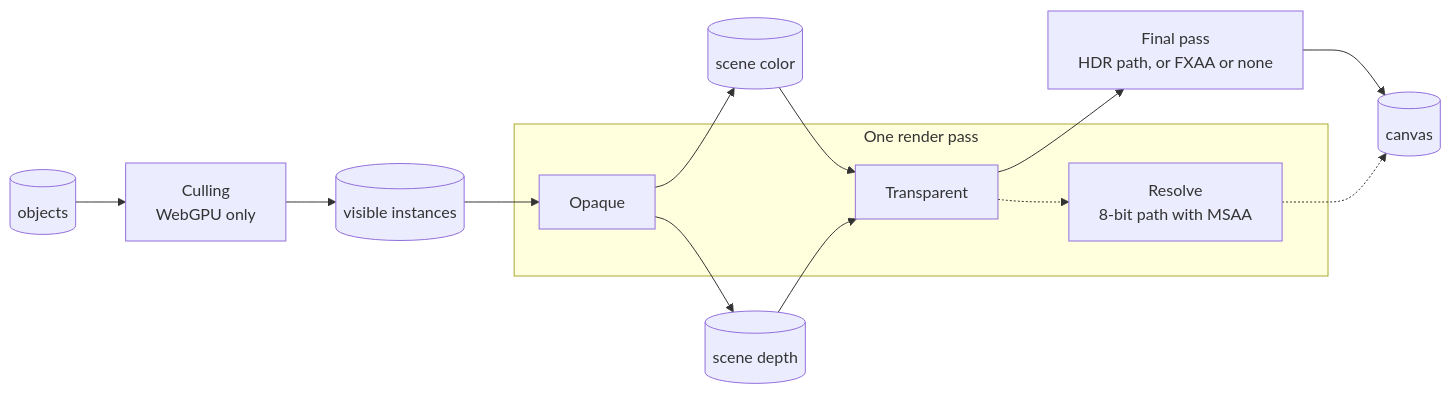
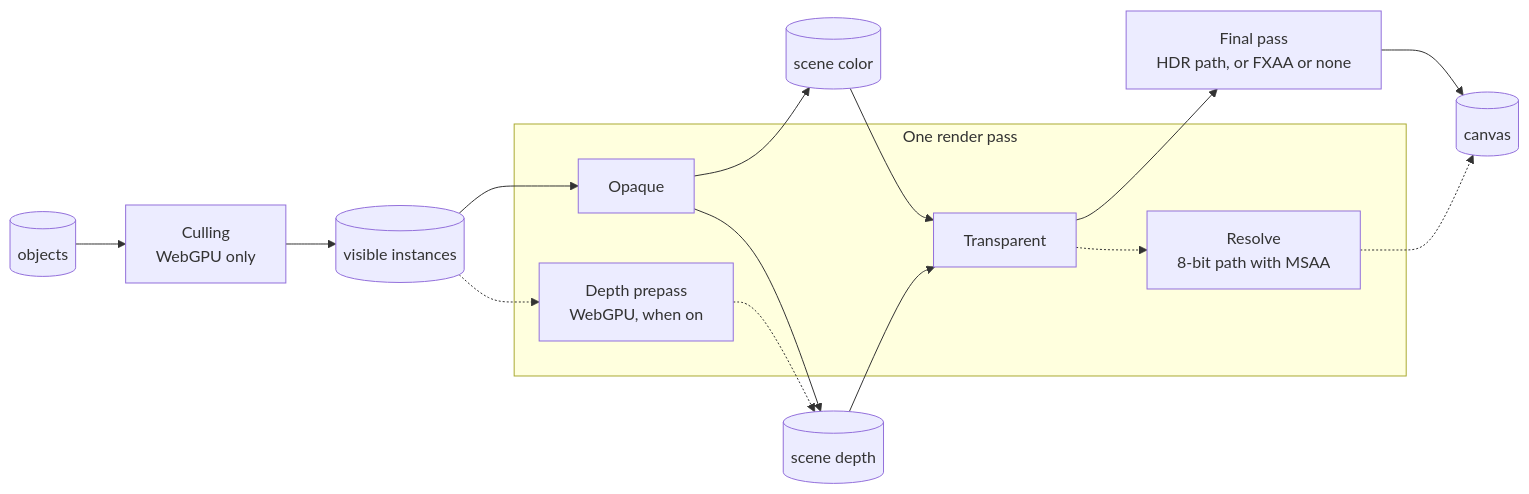
One commit to null3d-engine/null3d changed the first of 2 diagrams in docs/concepts/render-graph.md. Above: the diagram before and after it, drawn with Mermaid. The commit also changed other lines of this file and 41 other files, not shown here.

````diff
--- a/docs/concepts/render-graph.md
+++ b/docs/concepts/render-graph.md
@@ -13,16 +13,19 @@
 ```mermaid
 flowchart LR
     objects[("objects")] --> culling["Culling<br/>WebGPU only"] --> visible[("visible instances")]
     visible --> opaque
+    visible -.-> prepass
     subgraph scene["One render pass"]
+        prepass["Depth prepass<br/>WebGPU, when on"]
         opaque["Opaque"]
         transparent["Transparent"]
         resolve["Resolve<br/>8-bit path with MSAA"]
     end
+    prepass -.-> depth
     opaque --> color[("scene color")]
     opaque --> depth[("scene depth")]
     color --> transparent
     depth --> transparent
     transparent --> final["Final pass<br/>HDR path, or FXAA or none"] --> canvas[("canvas")]
     transparent -.-> resolve -.-> canvas
 ```
````
